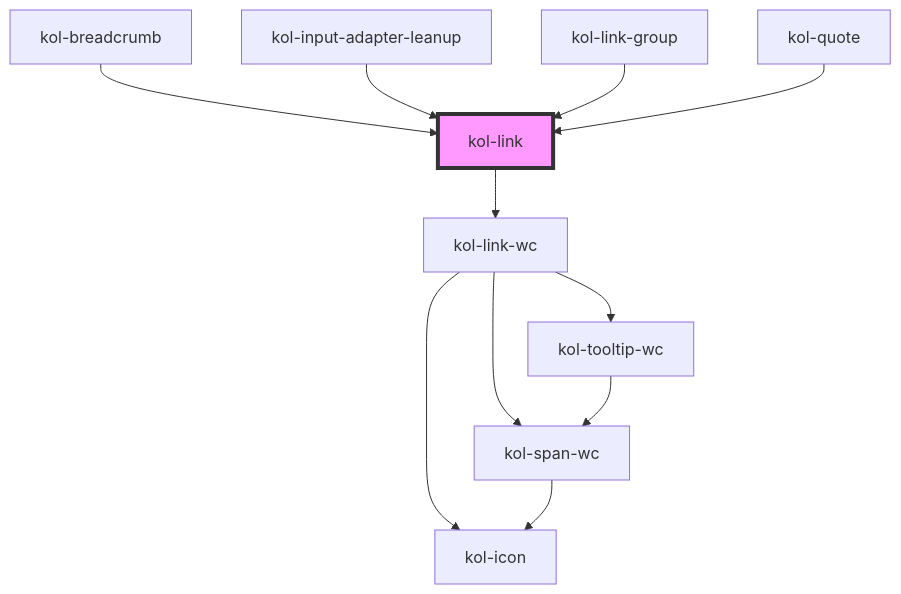
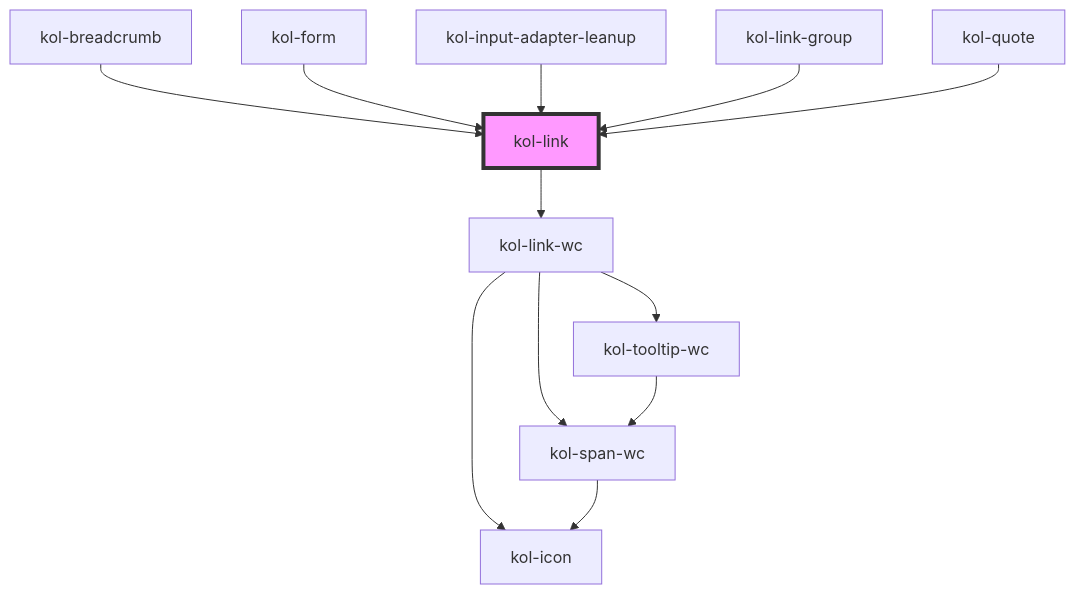
Before and after one commit to public-ui/kolibri: the diagram in packages/components/src/components/link/readme.md, drawn with Mermaid. The commit also changed other lines of this file and 8 other files, not shown here.

Commit message:
Implement error list in KolForm

````diff
--- a/packages/components/src/components/link/readme.md
+++ b/packages/components/src/components/link/readme.md
@@ -107,14 +108,15 @@
 ```mermaid
 graph TD;
   kol-link --> kol-link-wc
   kol-link-wc --> kol-span-wc
   kol-link-wc --> kol-icon
   kol-link-wc --> kol-tooltip-wc
   kol-span-wc --> kol-icon
   kol-tooltip-wc --> kol-span-wc
   kol-breadcrumb --> kol-link
+  kol-form --> kol-link
   kol-input-adapter-leanup --> kol-link
   kol-link-group --> kol-link
   kol-quote --> kol-link
   style kol-link fill:#f9f,stroke:#333,stroke-width:4px
 ```
````
